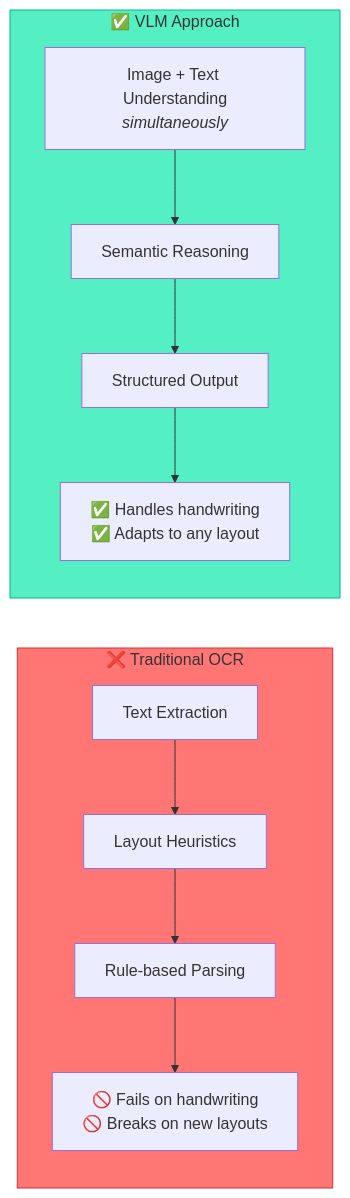
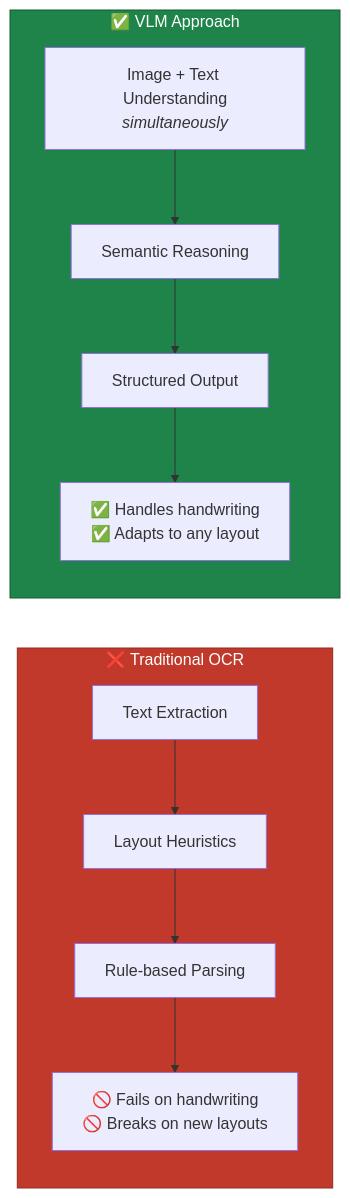
One commit to KJCREATOR/VYOMEXTRACT changed the fourth of 12 diagrams in README.md. Above: the diagram before and after it, drawn with Mermaid. The commit also changed other lines of this file, not shown here.

````diff
--- a/README.md
+++ b/README.md
@@ -183,19 +186,19 @@
 ```mermaid
 graph LR
     subgraph TRADITIONAL ["❌ Traditional OCR"]
         direction TB
         T1["Text Extraction"] --> T2["Layout Heuristics"]
         T2 --> T3["Rule-based Parsing"]
         T3 --> T4["🚫 Fails on handwriting<br/>🚫 Breaks on new layouts"]
     end
 
     subgraph VLM_APPROACH ["✅ VLM Approach"]
         direction TB
         V1["Image + Text Understanding<br/><i>simultaneously</i>"] --> V2["Semantic Reasoning"]
         V2 --> V3["Structured Output"]
         V3 --> V4["✅ Handles handwriting<br/>✅ Adapts to any layout"]
     end
 
-    style TRADITIONAL fill:#ff7675,stroke:#d63031
-    style VLM_APPROACH fill:#55efc4,stroke:#00b894
+    style TRADITIONAL fill:#c0392b,stroke:#922b21,color:#fff
+    style VLM_APPROACH fill:#1e8449,stroke:#145a32,color:#fff
 ```
````
